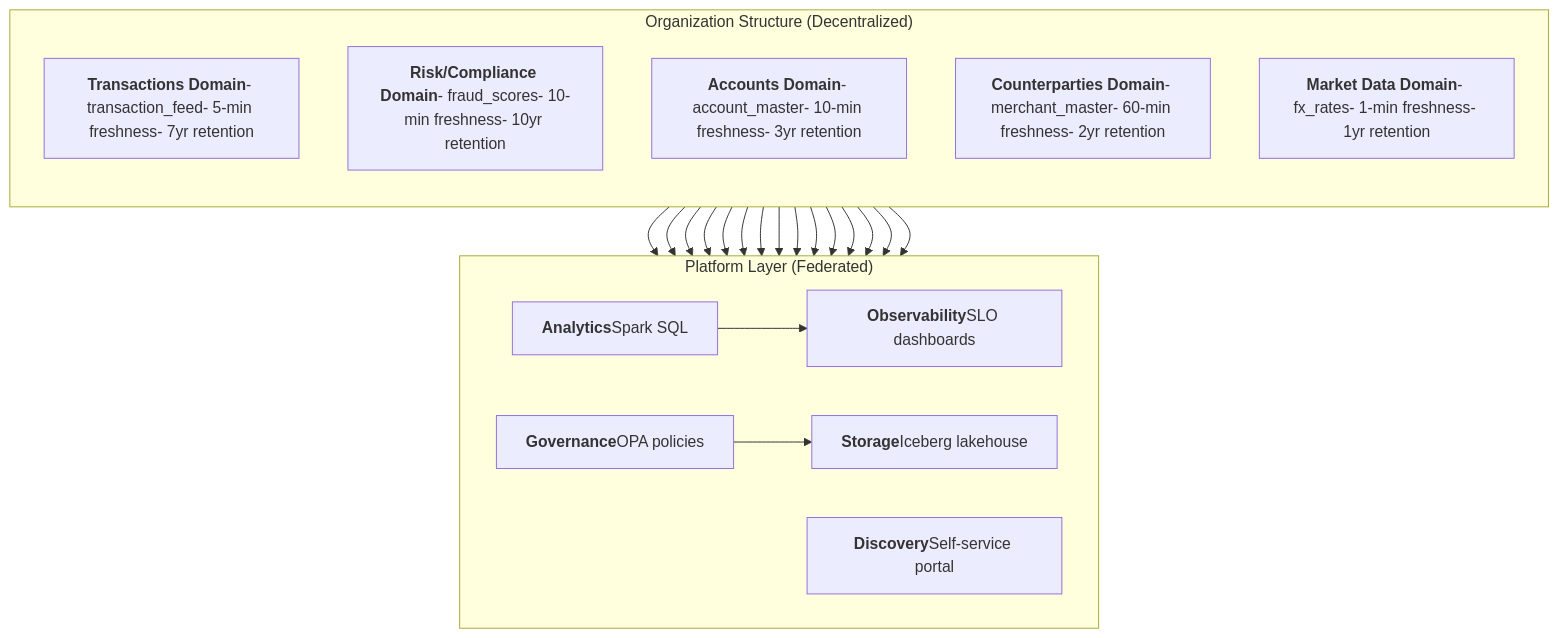
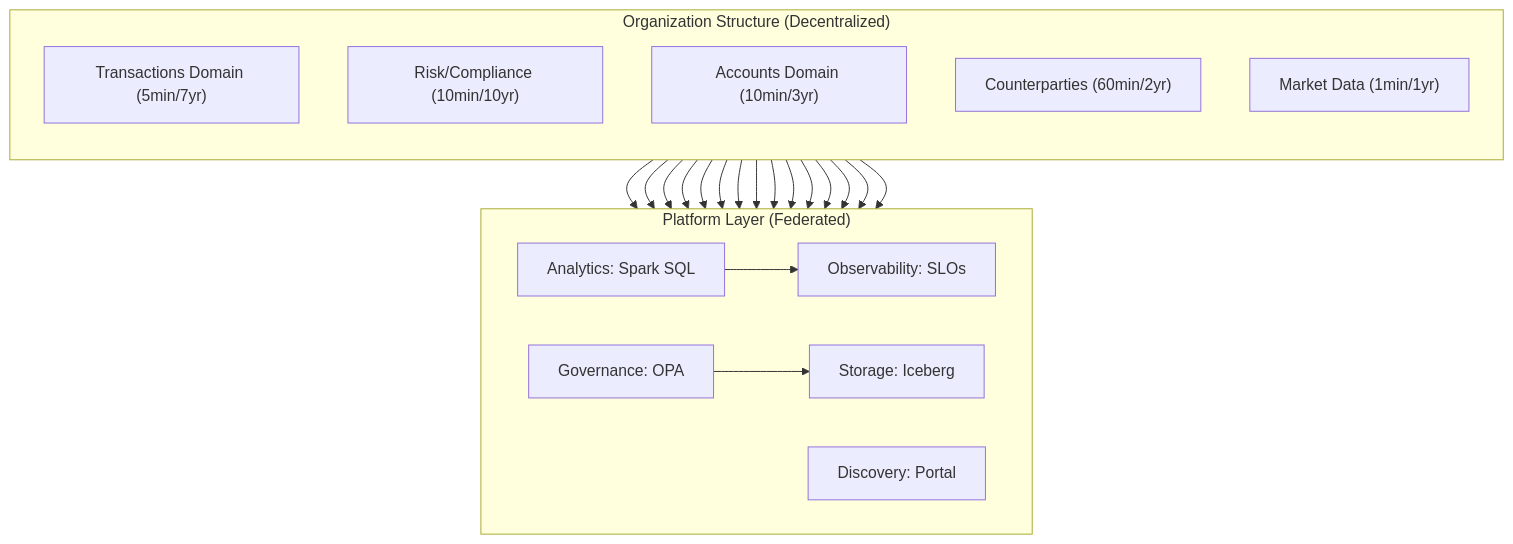
The diagram in docs/architecture/00-overview.md (naren-chakraview/chakraview-fintech-data-mesh), drawn with Mermaid before and after one commit. The commit also changed 2 other files, not shown here.

Commit message:
fix: remove HTML formatting tags and escape special chars in mermaid diagrams for v11 compatibility

````diff
--- a/docs/architecture/00-overview.md
+++ b/docs/architecture/00-overview.md
@@ -11,41 +11,41 @@
 ```mermaid
 graph TB
     subgraph org["Organization Structure (Decentralized)"]
         direction TB
-        T["<b>Transactions Domain</b>- transaction_feed- 5-min freshness- 7yr retention"]
-        R["<b>Risk/Compliance Domain</b>- fraud_scores- 10-min freshness- 10yr retention"]
-        A["<b>Accounts Domain</b>- account_master- 10-min freshness- 3yr retention"]
-        C["<b>Counterparties Domain</b>- merchant_master- 60-min freshness- 2yr retention"]
-        M["<b>Market Data Domain</b>- fx_rates- 1-min freshness- 1yr retention"]
+        T["Transactions Domain (5min/7yr)"]
+        R["Risk/Compliance (10min/10yr)"]
+        A["Accounts Domain (10min/3yr)"]
+        C["Counterparties (60min/2yr)"]
+        M["Market Data (1min/1yr)"]
     end
     
     subgraph plat["Platform Layer (Federated)"]
         direction LR
-        GOV["<b>Governance</b>OPA policies"]
-        DISC["<b>Discovery</b>Self-service portal"]
-        ANA["<b>Analytics</b>Spark SQL"]
-        OBS["<b>Observability</b>SLO dashboards"]
-        STOR["<b>Storage</b>Iceberg lakehouse"]
+        GOV["Governance: OPA"]
+        DISC["Discovery: Portal"]
+        ANA["Analytics: Spark SQL"]
+        OBS["Observability: SLOs"]
+        STOR["Storage: Iceberg"]
     end
     
     T --> GOV
     R --> GOV
     A --> GOV
     C --> GOV
     M --> GOV
     
     T --> DISC
     R --> DISC
     A --> DISC
     C --> DISC
     M --> DISC
     
     T --> ANA
     R --> ANA
     A --> ANA
     C --> ANA
     M --> ANA
     
     ANA --> OBS
     GOV --> STOR
 ```
````
